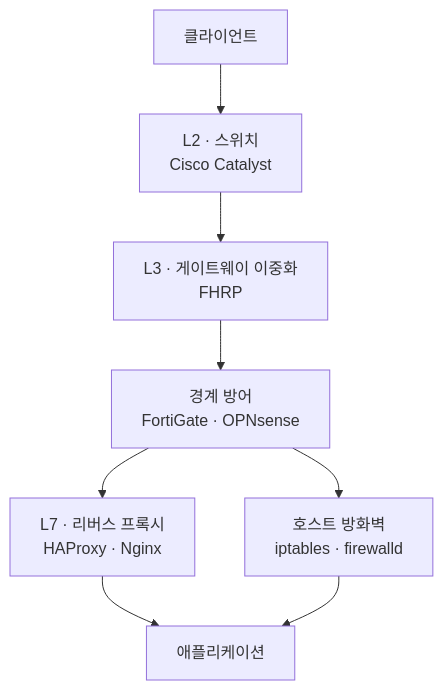
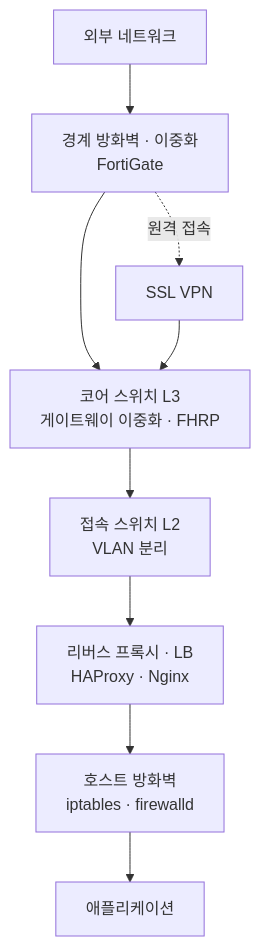
One commit to heaths2/heaths2.github.io changed the diagram in _posts/2026-08-01-overview-network-security.md. Above: the diagram before and after it, drawn with Mermaid. The commit also changed other lines of this file, not shown here.

Commit message:
fix: correct the packet path in the network overview diagram
The flow chart had the traffic order wrong in three ways:

- the perimeter firewall sat in the middle of the chain. Inbound
  traffic hits it first, not after the switches
- L2 -> L3 -> firewall was OSI layer numbering presented as a physical
  path; the two are not the same thing
- the host firewall branched in parallel with the reverse proxy. It runs
  on the server itself, so it is the last gate before the application,
  after the proxy

Now: external -> perimeter firewall (HA) -> core L3 (FHRP) -> access L2
(VLANs) -> reverse proxy/LB -> host firewall -> application, with SSL
VPN shown as the remote entry path.

The overview also claimed the sections were ordered by packet path when
they are grouped by layer; reworded so the diagram and the section order
are not conflated.

````diff
--- a/_posts/2026-08-01-overview-network-security.md
+++ b/_posts/2026-08-01-overview-network-security.md
@@ -21,10 +21,11 @@
 ```mermaid
 flowchart TD
-    C["클라이언트"] --> L2["L2 · 스위치<br/>Cisco Catalyst"]
-    L2 --> L3["L3 · 게이트웨이 이중화<br/>FHRP"]
-    L3 --> FW["경계 방어<br/>FortiGate · OPNsense"]
-    FW --> HOST["호스트 방화벽<br/>iptables · firewalld"]
-    FW --> L7["L7 · 리버스 프록시<br/>HAProxy · Nginx"]
-    L7 --> APP["애플리케이션"]
-    HOST --> APP
+    NET["외부 네트워크"] --> FW["경계 방화벽 · 이중화<br/>FortiGate"]
+    FW --> CORE["코어 스위치 L3<br/>게이트웨이 이중화 · FHRP"]
+    CORE --> ACC["접속 스위치 L2<br/>VLAN 분리"]
+    ACC --> RP["리버스 프록시 · LB<br/>HAProxy · Nginx"]
+    RP --> HOST["호스트 방화벽<br/>iptables · firewalld"]
+    HOST --> APP["애플리케이션"]
+    FW -.원격 접속.-> VPN["SSL VPN"]
+    VPN --> CORE
 ```
````
